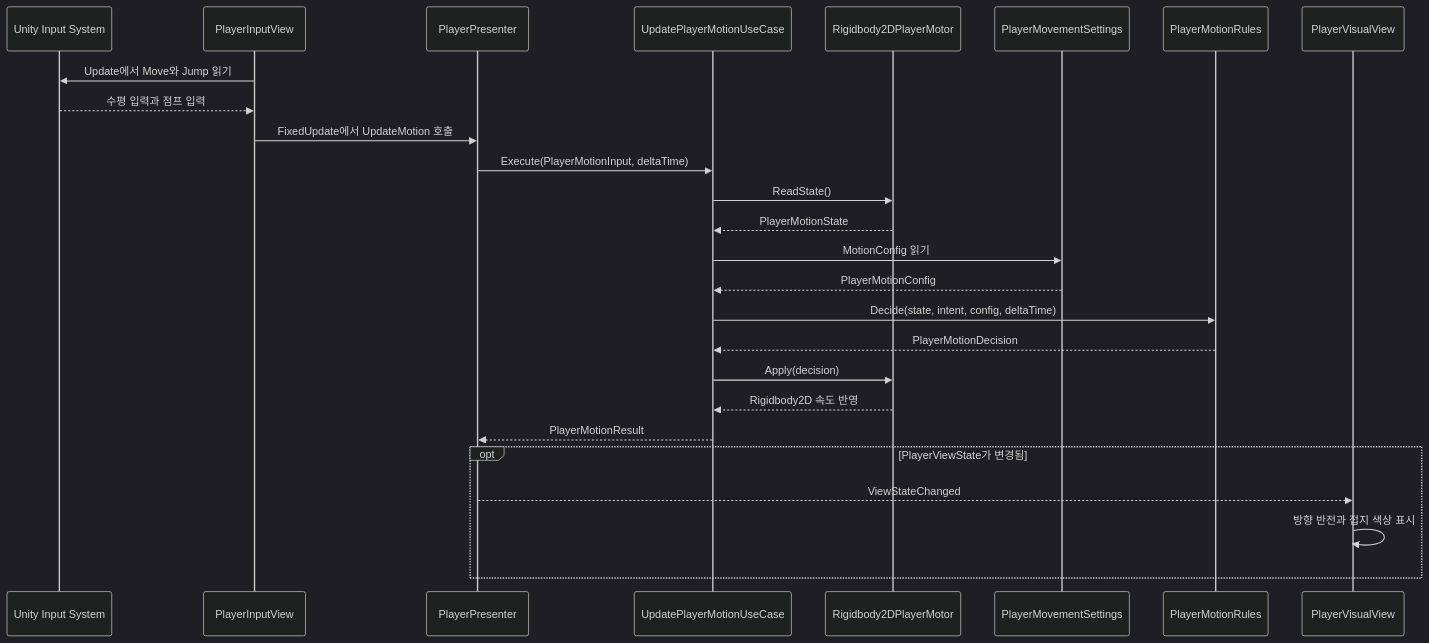
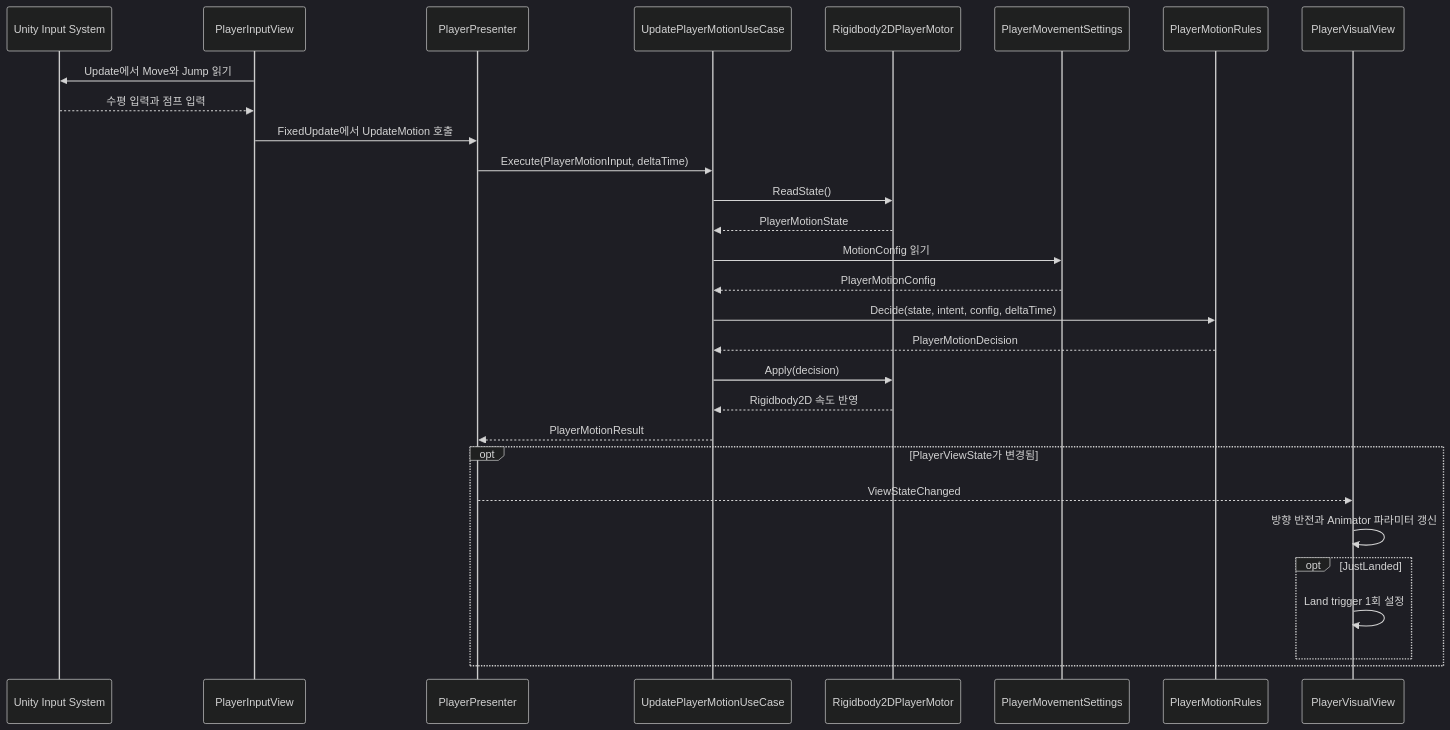
Before and after one commit to murang-kr/CleanArchitecture: the third of 4 diagrams in Docs/Architecture.md, drawn with Mermaid (dark theme). The commit also changed other lines of this file and 8 other files, not shown here.

````diff
--- a/Docs/Architecture.md
+++ b/Docs/Architecture.md
@@ -209,29 +223,32 @@
 ```mermaid
 sequenceDiagram
     participant InputSystem as Unity Input System
     participant InputView as PlayerInputView
     participant Presenter as PlayerPresenter
     participant UseCase as UpdatePlayerMotionUseCase
     participant Motor as Rigidbody2DPlayerMotor
     participant Settings as PlayerMovementSettings
     participant Rules as PlayerMotionRules
     participant Visual as PlayerVisualView
 
     InputView->>InputSystem: Update에서 Move와 Jump 읽기
     InputSystem-->>InputView: 수평 입력과 점프 입력
     InputView->>Presenter: FixedUpdate에서 UpdateMotion 호출
     Presenter->>UseCase: Execute(PlayerMotionInput, deltaTime)
     UseCase->>Motor: ReadState()
     Motor-->>UseCase: PlayerMotionState
     UseCase->>Settings: MotionConfig 읽기
     Settings-->>UseCase: PlayerMotionConfig
     UseCase->>Rules: Decide(state, intent, config, deltaTime)
     Rules-->>UseCase: PlayerMotionDecision
     UseCase->>Motor: Apply(decision)
     Motor-->>UseCase: Rigidbody2D 속도 반영
     UseCase-->>Presenter: PlayerMotionResult
     opt PlayerViewState가 변경됨
         Presenter-->>Visual: ViewStateChanged
-        Visual->>Visual: 방향 반전과 접지 색상 표시
+        Visual->>Visual: 방향 반전과 Animator 파라미터 갱신
+        opt JustLanded
+            Visual->>Visual: Land trigger 1회 설정
+        end
     end
 ```
````
